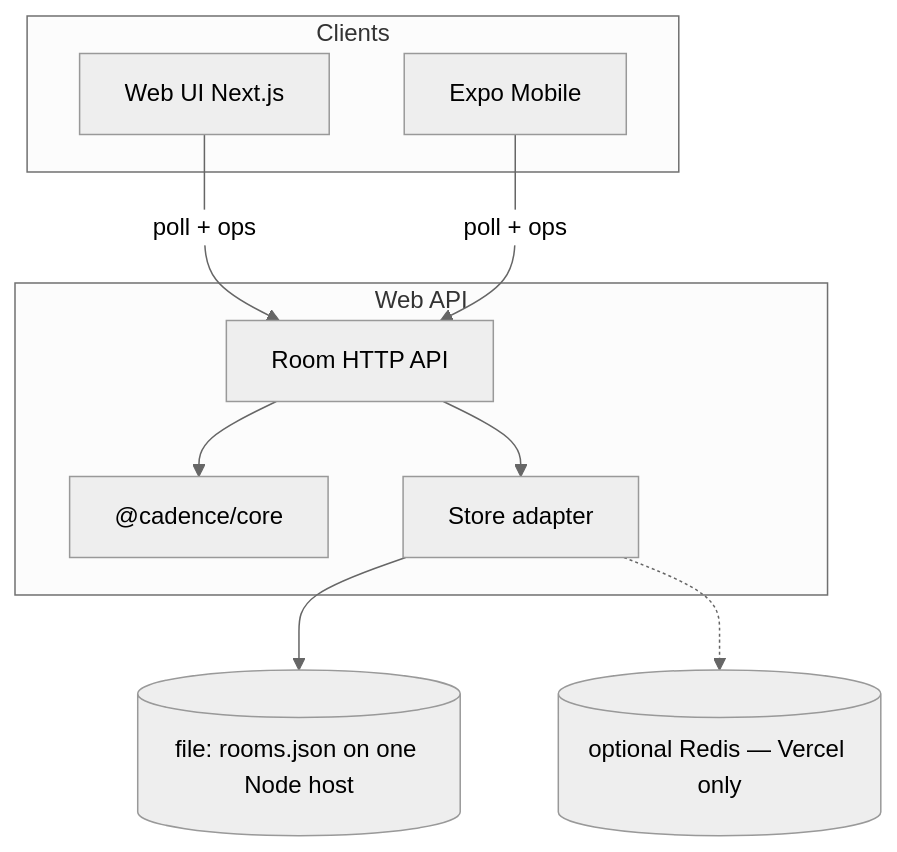
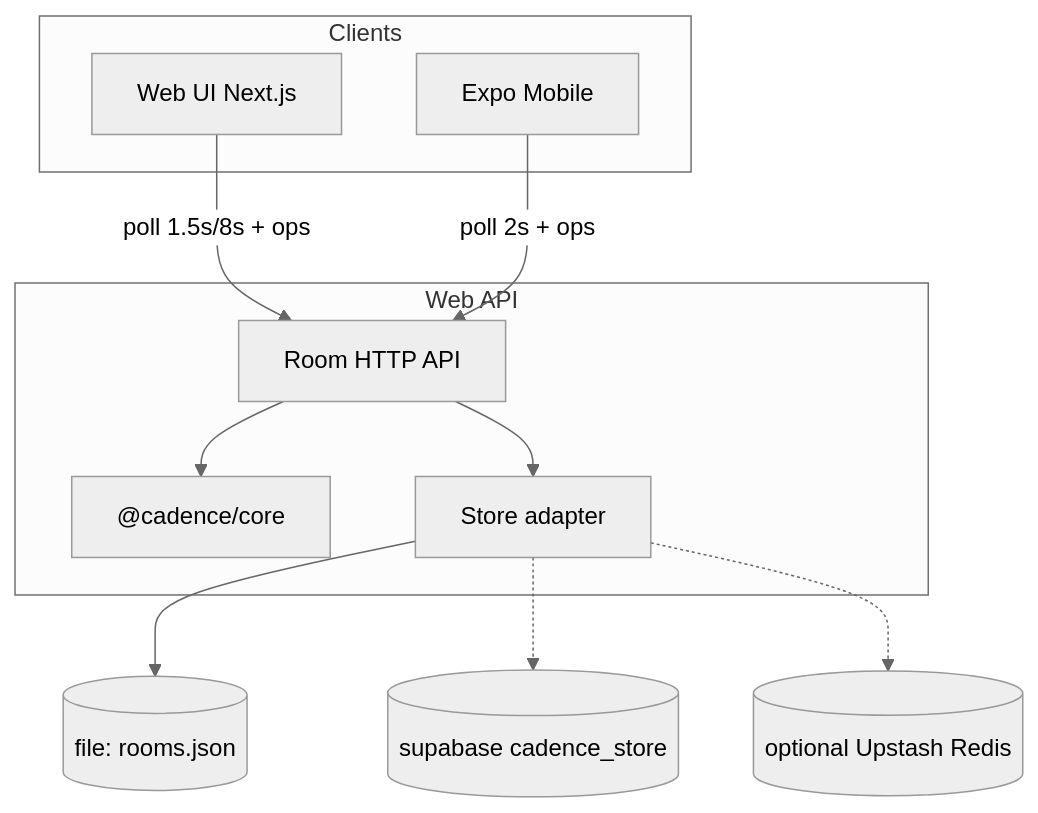
Before and after one commit to RifqiMT/pm-collaboration: the diagram in docs/ARCHITECTURE.md, drawn with Mermaid (neutral theme). The commit also changed other lines of this file and 26 other files, not shown here.

````diff
--- a/docs/ARCHITECTURE.md
+++ b/docs/ARCHITECTURE.md
@@ -9,18 +9,19 @@
 ```mermaid
 flowchart TB
   subgraph clients [Clients]
     WebUI[Web UI Next.js]
     Mobile[Expo Mobile]
   end
   subgraph server [Web API]
     API[Room HTTP API]
     Core["@cadence/core"]
     Store[Store adapter]
   end
-  WebUI -->|poll + ops| API
-  Mobile -->|poll + ops| API
+  WebUI -->|poll 1.5s/8s + ops| API
+  Mobile -->|poll 2s + ops| API
   API --> Core
   API --> Store
-  Store --> Disk[(file: rooms.json on one Node host)]
-  Store -.-> Redis[(optional Redis — Vercel only)]
+  Store --> Disk[(file: rooms.json)]
+  Store -.-> Supabase[(supabase cadence_store)]
+  Store -.-> Redis[(optional Upstash Redis)]
 ```
````
